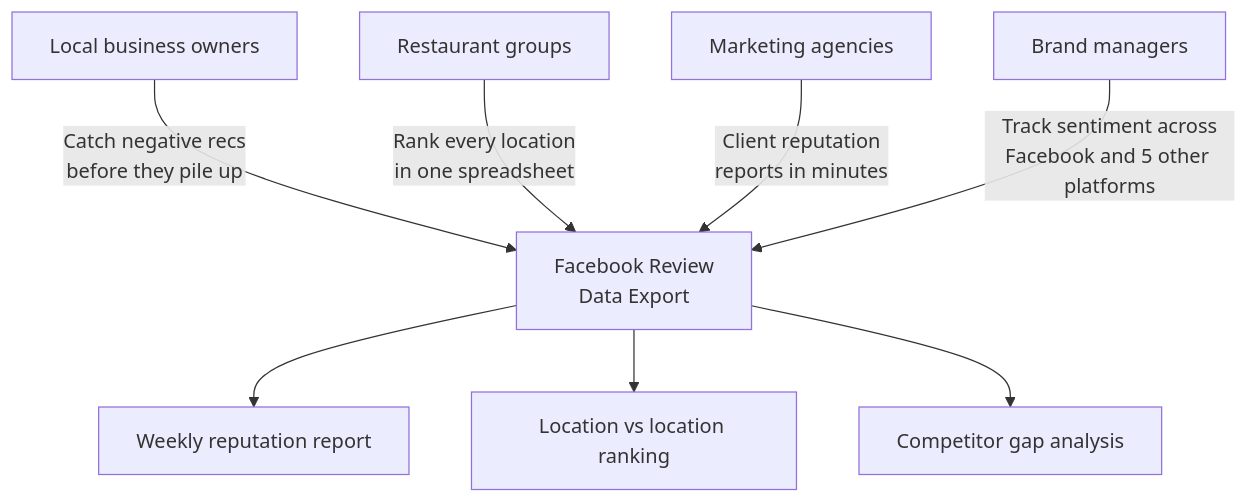
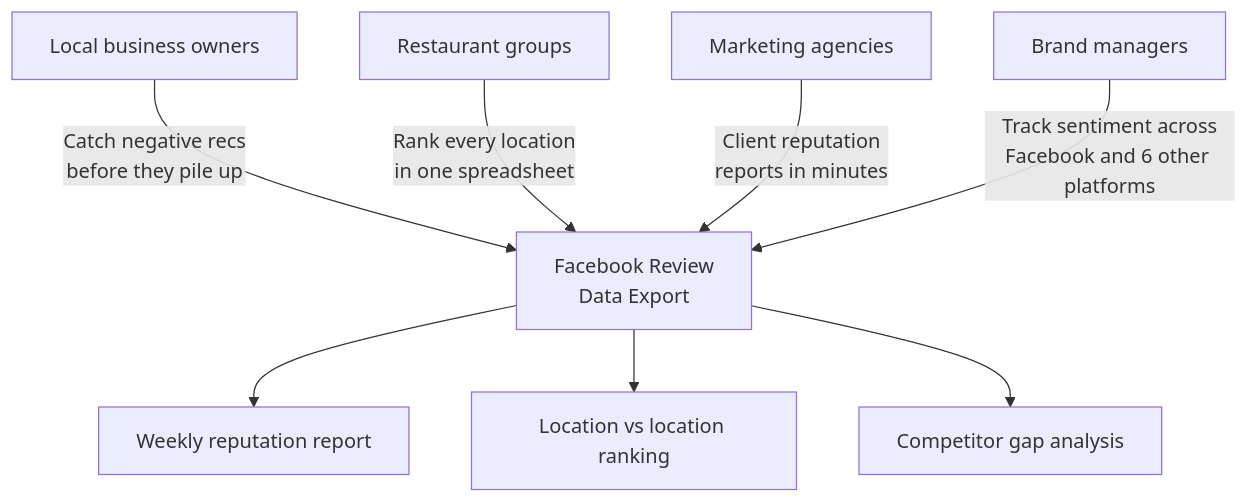
The first of 6 diagrams in actors/facebook-review-intelligence/README.md (Ken-Mutisya/scrapemint), drawn with Mermaid before and after one commit. The commit also changed other lines of this file, not shown here.

Commit message:
Optimize Facebook Reviews README for organic search

````diff
--- a/actors/facebook-review-intelligence/README.md
+++ b/actors/facebook-review-intelligence/README.md
@@ -11,10 +11,10 @@
 ```mermaid
 flowchart TD
     A[Local business owners] -->|Catch negative recs<br/>before they pile up| D[Facebook Review<br/>Data Export]
     B[Restaurant groups] -->|Rank every location<br/>in one spreadsheet| D
     C[Marketing agencies] -->|Client reputation<br/>reports in minutes| D
-    R[Brand managers] -->|Track sentiment across<br/>Facebook and 5 other platforms| D
+    R[Brand managers] -->|Track sentiment across<br/>Facebook and 6 other platforms| D
     D --> E[Weekly reputation report]
     D --> F[Location vs location ranking]
     D --> G[Competitor gap analysis]
 ```
````
